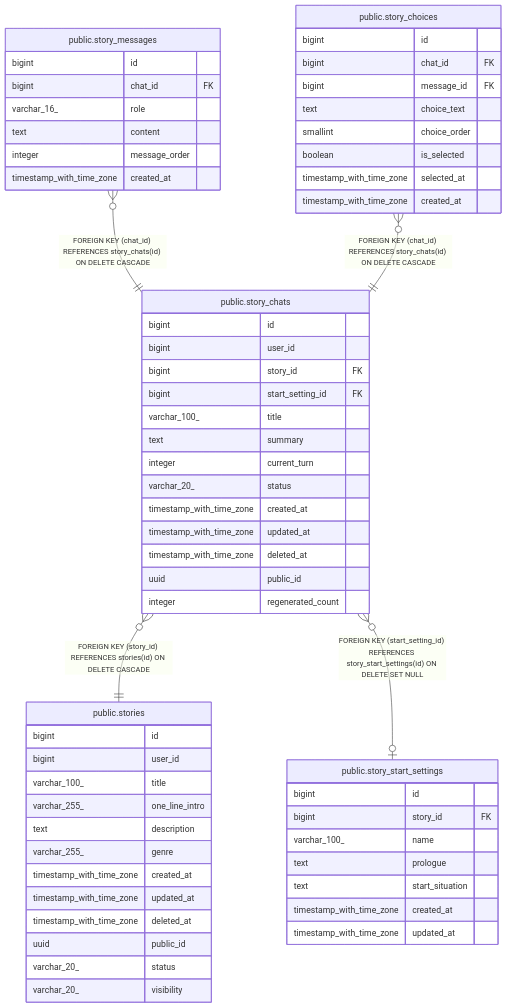
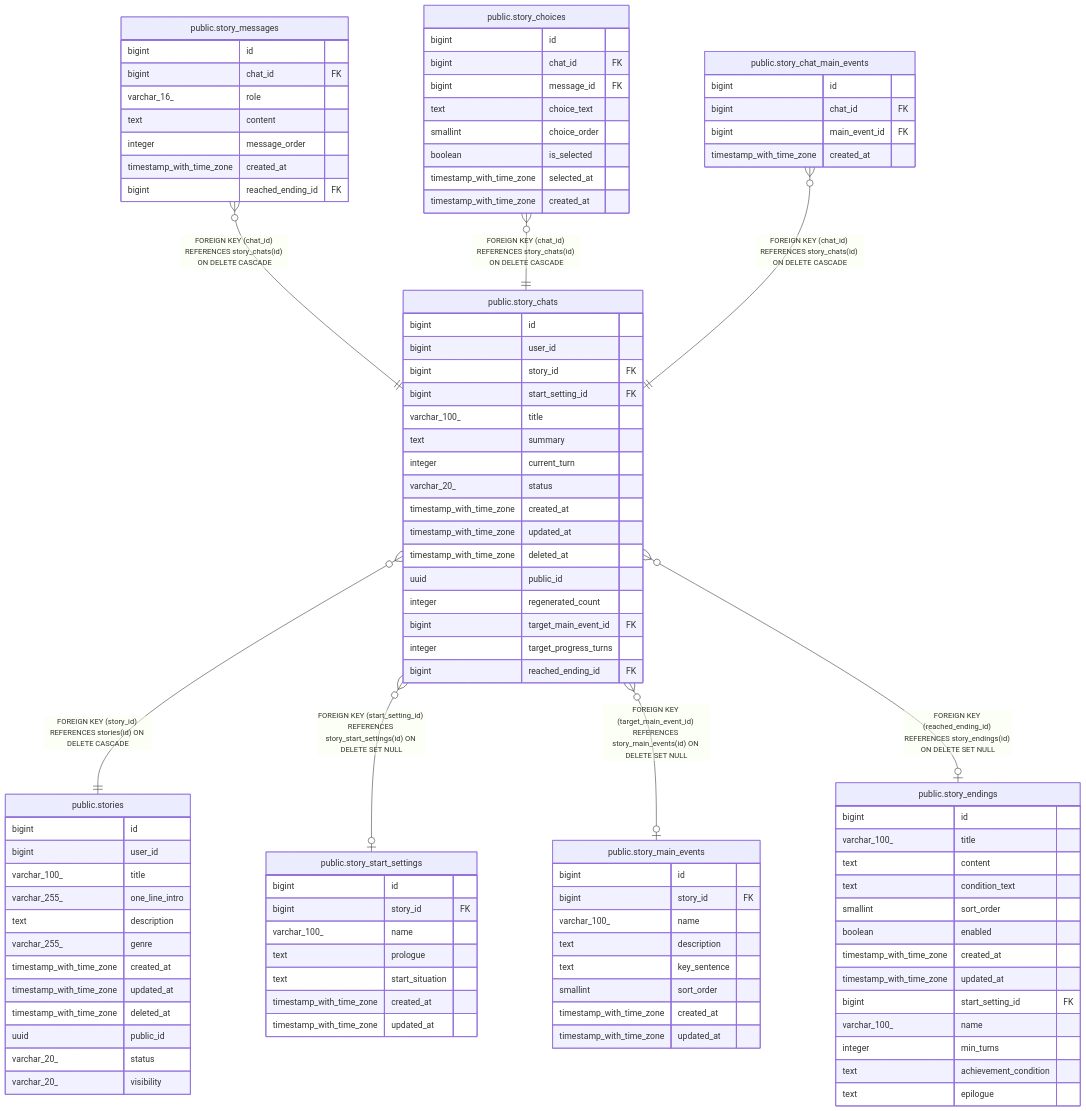
One commit to KIM-N-KANG/manyak-server changed the diagram in dbdoc/public.story_chats.md. Above: the diagram before and after it, drawn with Mermaid. The commit also changed other lines of this file and 46 other files, not shown here.

````diff
--- a/dbdoc/public.story_chats.md
+++ b/dbdoc/public.story_chats.md
@@ -46,8 +51,11 @@
 
 "public.story_messages" }o--|| "public.story_chats" : "FOREIGN KEY (chat_id) REFERENCES story_chats(id) ON DELETE CASCADE"
 "public.story_choices" }o--|| "public.story_chats" : "FOREIGN KEY (chat_id) REFERENCES story_chats(id) ON DELETE CASCADE"
+"public.story_chat_main_events" }o--|| "public.story_chats" : "FOREIGN KEY (chat_id) REFERENCES story_chats(id) ON DELETE CASCADE"
 "public.story_chats" }o--|| "public.stories" : "FOREIGN KEY (story_id) REFERENCES stories(id) ON DELETE CASCADE"
 "public.story_chats" }o--o| "public.story_start_settings" : "FOREIGN KEY (start_setting_id) REFERENCES story_start_settings(id) ON DELETE SET NULL"
+"public.story_chats" }o--o| "public.story_main_events" : "FOREIGN KEY (target_main_event_id) REFERENCES story_main_events(id) ON DELETE SET NULL"
+"public.story_chats" }o--o| "public.story_endings" : "FOREIGN KEY (reached_ending_id) REFERENCES story_endings(id) ON DELETE SET NULL"
 
 "public.story_chats" {
   bigint id
@@ -63,6 +71,9 @@
   timestamp_with_time_zone deleted_at
   uuid public_id
   integer regenerated_count
+  bigint target_main_event_id FK
+  integer target_progress_turns
+  bigint reached_ending_id FK
 }
 "public.story_messages" {
   bigint id
@@ -71,6 +82,7 @@
   text content
   integer message_order
   timestamp_with_time_zone created_at
+  bigint reached_ending_id FK
 }
 "public.story_choices" {
   bigint id
@@ -80,6 +92,12 @@
   smallint choice_order
   boolean is_selected
   timestamp_with_time_zone selected_at
+  timestamp_with_time_zone created_at
+}
+"public.story_chat_main_events" {
+  bigint id
+  bigint chat_id FK
+  bigint main_event_id FK
   timestamp_with_time_zone created_at
 }
 "public.stories" {
@@ -105,4 +123,29 @@
   timestamp_with_time_zone created_at
   timestamp_with_time_zone updated_at
 }
+"public.story_main_events" {
+  bigint id
+  bigint story_id FK
+  varchar_100_ name
+  text description
+  text key_sentence
+  smallint sort_order
+  timestamp_with_time_zone created_at
+  timestamp_with_time_zone updated_at
+}
+"public.story_endings" {
+  bigint id
+  varchar_100_ title
+  text content
+  text condition_text
+  smallint sort_order
+  boolean enabled
+  timestamp_with_time_zone created_at
+  timestamp_with_time_zone updated_at
+  bigint start_setting_id FK
+  varchar_100_ name
+  integer min_turns
+  text achievement_condition
+  text epilogue
+}
 ```
````
